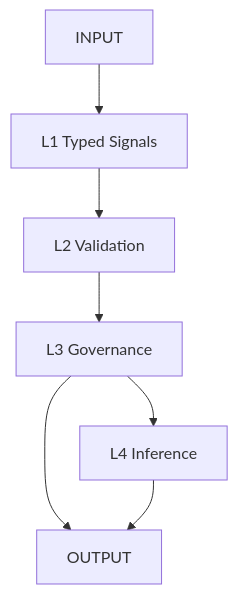
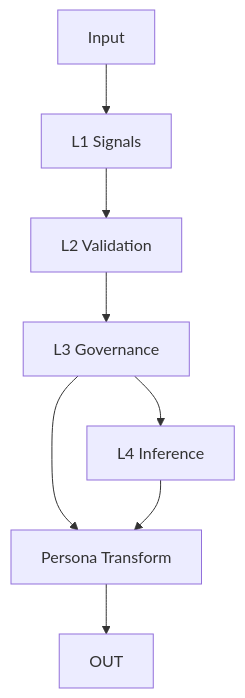
The fourth of 4 diagrams in README.md (GeneralSergal/ORP), drawn with Mermaid before and after one commit. The commit also changed other lines of this file, not shown here.

````diff
--- a/README.md
+++ b/README.md
@@ -135,9 +108,10 @@
 ```mermaid
 flowchart TD
-    A[INPUT] --> B[L1 Typed Signals]
+    A[Input] --> B[L1 Signals]
     B --> C[L2 Validation]
     C --> D[L3 Governance]
-    D --> E[OUTPUT]
-    D --> F[L4 Inference]
-    F --> E
+    D --> E[L4 Inference]
+    D --> F[Persona Transform]
+    E --> F
+    F --> OUT
 ```
````
